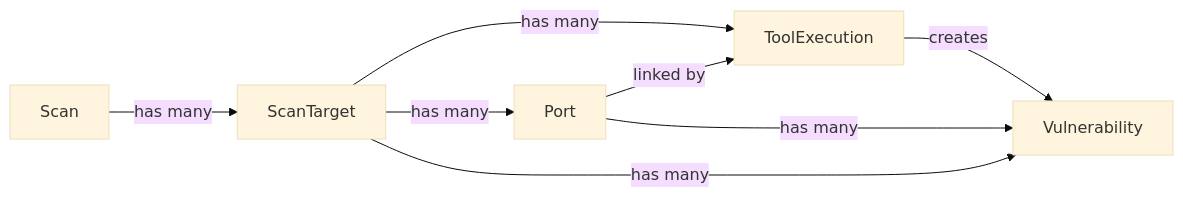
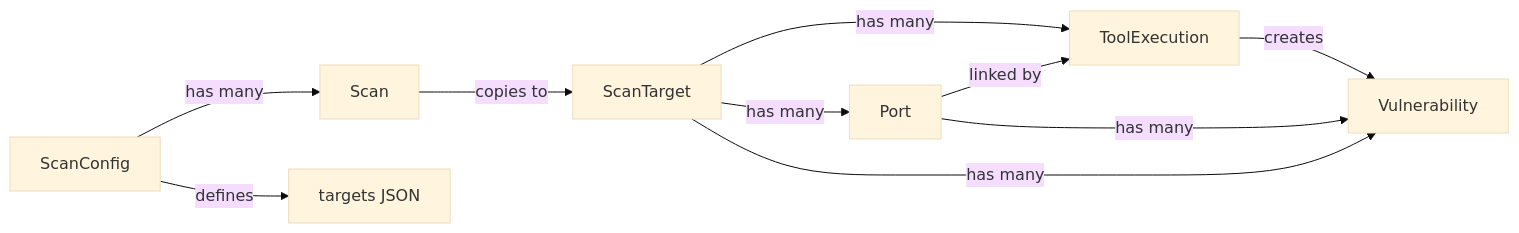
The diagram in docs/data-model.md (RezaAmbler/peek), drawn with Mermaid (base theme) before and after one commit. The commit also changed other lines of this file and 6 other files, not shown here.

First line of the commit message:
docs: update documentation for config-centric architecture

````diff
--- a/docs/data-model.md
+++ b/docs/data-model.md
@@ -41,11 +83,13 @@
 ```mermaid
 %% See mermaid/data-model.mmd for the source of truth
 graph LR
-  Scan -->|has many| ScanTarget
+  ScanConfig -->|has many| Scan
+  ScanConfig -->|defines| Targets[targets JSON]
+  Scan -->|copies to| ScanTarget
   ScanTarget -->|has many| Port
   ScanTarget -->|has many| ToolExecution
   Port -->|linked by| ToolExecution
   ToolExecution -->|creates| Vulnerability
   Port -->|has many| Vulnerability
   ScanTarget -->|has many| Vulnerability
 ```
````
